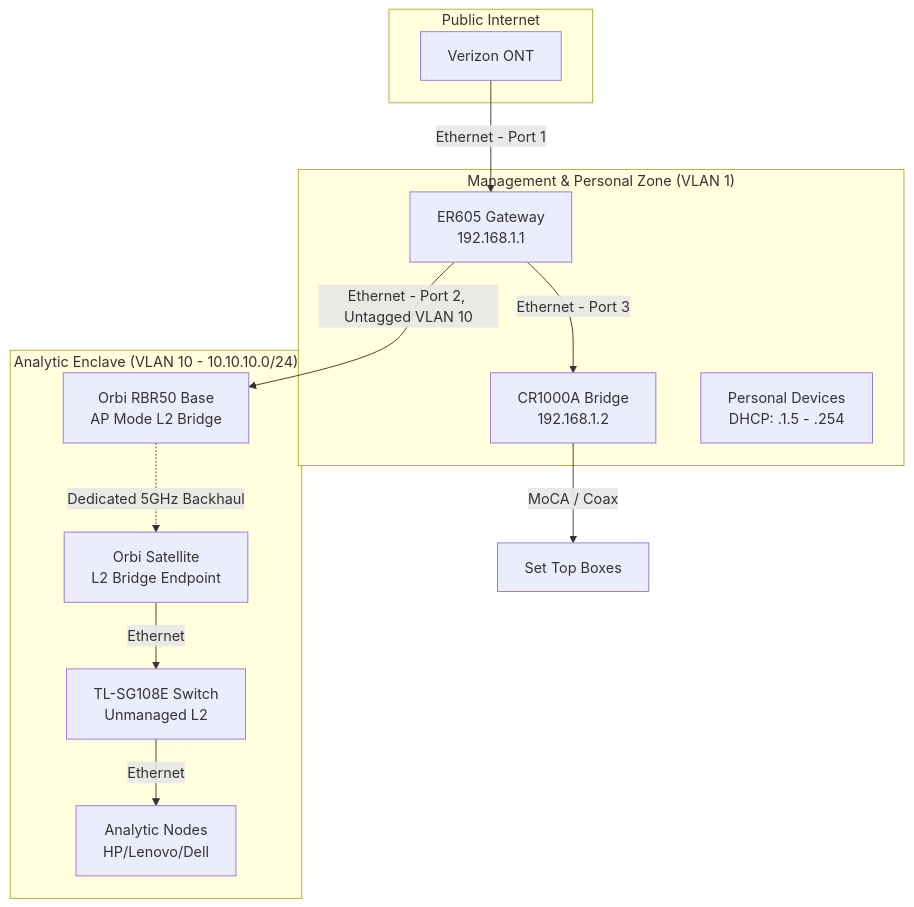
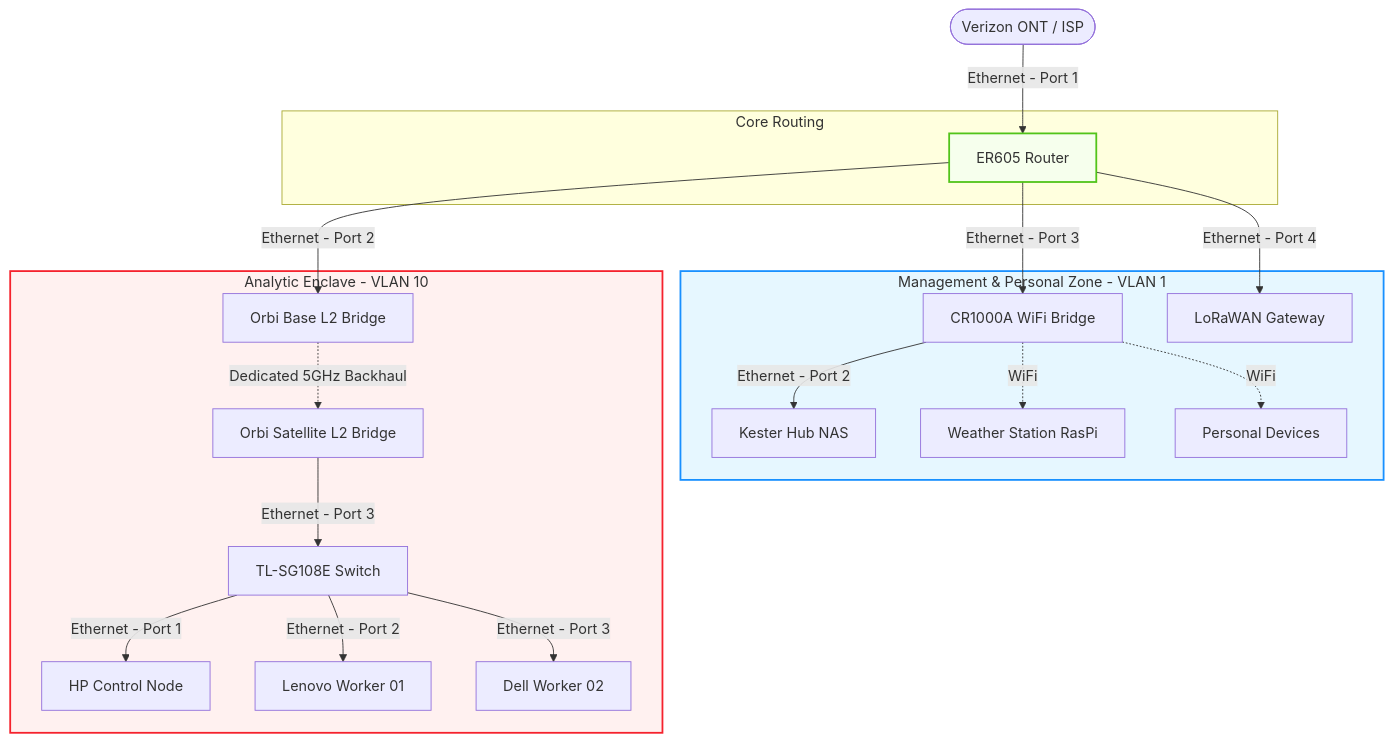
Before and after one commit to nkester/Homelab: the diagram in docs/architecture/01-physical-network.md, drawn with Mermaid. The commit also changed 1 other file, not shown here.

Commit message:
feat: Complete the Wireless Enclave standoff isolating the VLAN 10 Analytic environment from my personal wifi. This completes Feature 1.2

````diff
--- a/docs/architecture/01-physical-network.md
+++ b/docs/architecture/01-physical-network.md
@@ -11,27 +11,52 @@
 ```mermaid
 graph TD
-    subgraph "Public Internet"
-        ONT[Verizon ONT]
+    %% Define Styles
+    classDef vlan1 fill:#e6f7ff,stroke:#1890ff,stroke-width:2px;
+    classDef vlan10 fill:#fff1f0,stroke:#f5222d,stroke-width:2px;
+    classDef gateway fill:#f6ffed,stroke:#52c41a,stroke-width:2px;
+
+    ISP([Verizon ONT / ISP])
+
+    subgraph Gateway[Core Routing]
+        ER605[ER605 Router]:::gateway
     end
 
-    subgraph "Management & Personal Zone (VLAN 1)"
-        ER605[ER605 Gateway <br/> 192.168.1.1]
-        CR1000A[CR1000A Bridge <br/> 192.168.1.2]
-        PersonalWiFi[Personal Devices <br/> DHCP: .1.5 - .254]
+    subgraph VLAN1[Management & Personal Zone - VLAN 1]
+        CR1000A[CR1000A WiFi Bridge]
+        SenseCap[LoRaWAN Gateway]
+        NAS[Kester Hub NAS]
+        RasPi[Weather Station RasPi]
+        PersDev[Personal Devices]
     end
 
-    subgraph "Analytic Enclave (VLAN 10 - 10.10.10.0/24)"
-        RBR50[Orbi RBR50 Base <br/> AP Mode L2 Bridge]
-        Satellite[Orbi Satellite <br/> L2 Bridge Endpoint]
-        Switch[TL-SG108E Switch <br/> Unmanaged L2]
-        Nodes[Analytic Nodes <br/> HP/Lenovo/Dell]
+    subgraph VLAN10[Analytic Enclave - VLAN 10]
+        RBR50[Orbi Base L2 Bridge]
+        RBS50[Orbi Satellite L2 Bridge]
+        Switch[TL-SG108E Switch]
+        HP[HP Control Node]
+        W01[Lenovo Worker 01]
+        W02[Dell Worker 02]
     end
 
-    ONT -->|Ethernet - Port 1| ER605
-    ER605 -->|Ethernet - Port 2, Untagged VLAN 10| RBR50
+    %% WAN Connectivity
+    ISP -->|Ethernet - Port 1| ER605
+
+    %% VLAN 1 Routing (Default Untagged)
     ER605 -->|Ethernet - Port 3| CR1000A
-    CR1000A -->|MoCA / Coax| TV[Set Top Boxes]
-    RBR50 -.->|Dedicated 5GHz Backhaul| Satellite
-    Satellite -->|Ethernet| Switch
-    Switch -->|Ethernet| Nodes
+    ER605 -->|Ethernet - Port 4| SenseCap
+    CR1000A -->|Ethernet - Port 2| NAS
+    CR1000A -.->|WiFi| RasPi
+    CR1000A -.->|WiFi| PersDev
+
+    %% VLAN 10 Routing (PVID 10 Untagged)
+    ER605 -->|Ethernet - Port 2| RBR50
+    RBR50 -.->|Dedicated 5GHz Backhaul| RBS50
+    RBS50 -->|Ethernet - Port 3| Switch
+    Switch -->|Ethernet - Port 1| HP
+    Switch -->|Ethernet - Port 2| W01
+    Switch -->|Ethernet - Port 3| W02
+
+    %% Apply Classes
+    class VLAN1 vlan1;
+    class VLAN10 vlan10;
 ```
````
